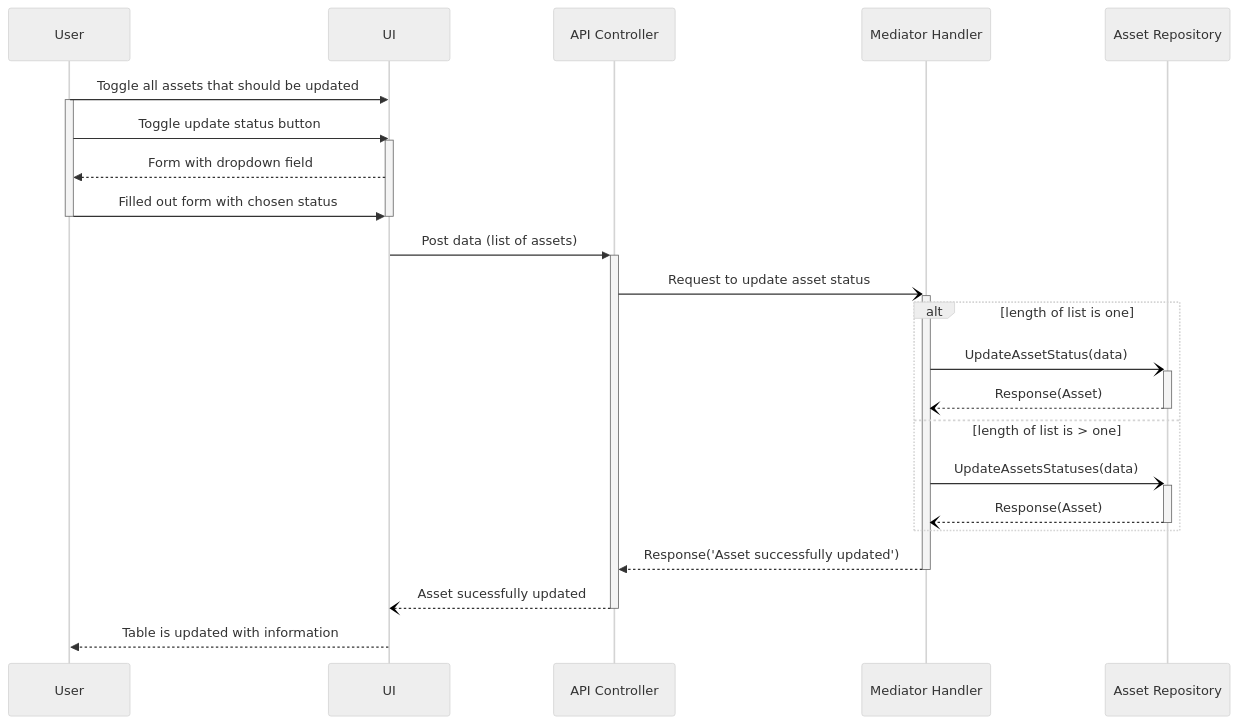
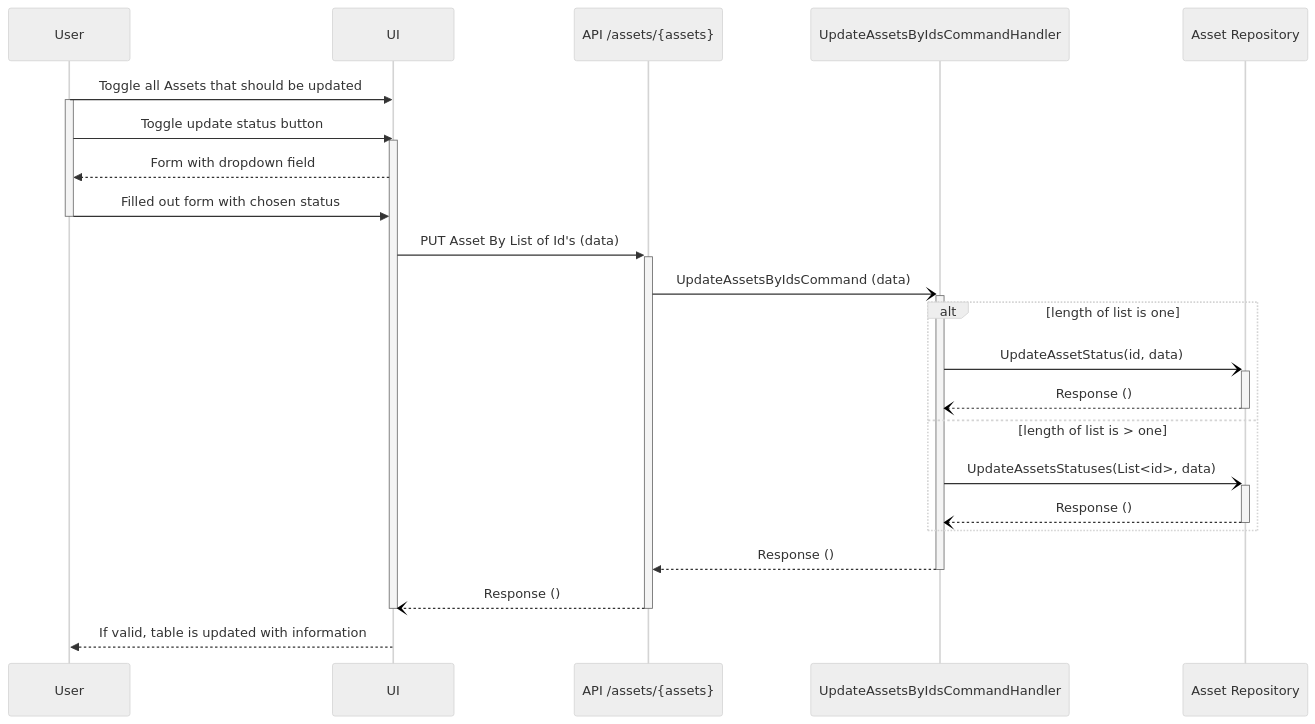
The second of 3 diagrams in docs/sequence-diagrams/update-asset.md (livun/bouvet-asset-hub), drawn with Mermaid (neutral theme) before and after one commit. The commit also changed other lines of this file and 7 other files, not shown here.

Commit message:
new sequence diagrams

````diff
--- a/docs/sequence-diagrams/update-asset.md
+++ b/docs/sequence-diagrams/update-asset.md
@@ -26,33 +22,25 @@
 ```mermaid
 sequenceDiagram
-    User ->> UI : Toggle all assets that should be updated
-    
+    User ->> UI : Toggle all Assets that should be updated
     Activate User
         User ->> UI : Toggle update status button
-        
         Activate UI
             UI -->> User : Form with dropdown field
             User ->> UI : Filled out form with chosen status
+    Deactivate User
+                UI ->>+ API /assets/{assets}: PUT Asset By List of Id's (data)
+                    API /assets/{assets} -)+ UpdateAssetsByIdsCommandHandler : UpdateAssetsByIdsCommand (data)
+                    
+                    alt length of list is one
+                        UpdateAssetsByIdsCommandHandler -)+ Asset Repository : UpdateAssetStatus(id, data) 
+                        Asset Repository  --)- UpdateAssetsByIdsCommandHandler : Response () 
+                    else length of list is > one
+                        UpdateAssetsByIdsCommandHandler -)+ Asset Repository : UpdateAssetsStatuses(List<id>, data) 
+                        Asset Repository  --)- UpdateAssetsByIdsCommandHandler : Response () 
+                    end
+                    
+                    UpdateAssetsByIdsCommandHandler -->>- API /assets/{assets} : Response ()
+                API /assets/{assets} --)- UI  : Response ()
         Deactivate UI
-    
-    Deactivate User
-    
-    UI ->>+ API Controller: Post data (list of assets)
-    
-    API Controller -)+ Mediator Handler : Request to update asset status
-
-    alt length of list is one
-        Mediator Handler -)+ Asset Repository : UpdateAssetStatus(data) 
-        Asset Repository  --)- Mediator Handler : Response(Asset) 
-    else length of list is > one
-        Mediator Handler -)+ Asset Repository : UpdateAssetsStatuses(data) 
-        Asset Repository  --)- Mediator Handler : Response(Asset) 
-    end
-        
-    Mediator Handler -->>- API Controller : Response('Asset successfully updated')
-            
-    API Controller --)- UI  : Asset sucessfully updated
-    
-    UI -->> User : Table is updated with information
-     
+            UI -->> User : If valid, table is updated with information
 ```
````
